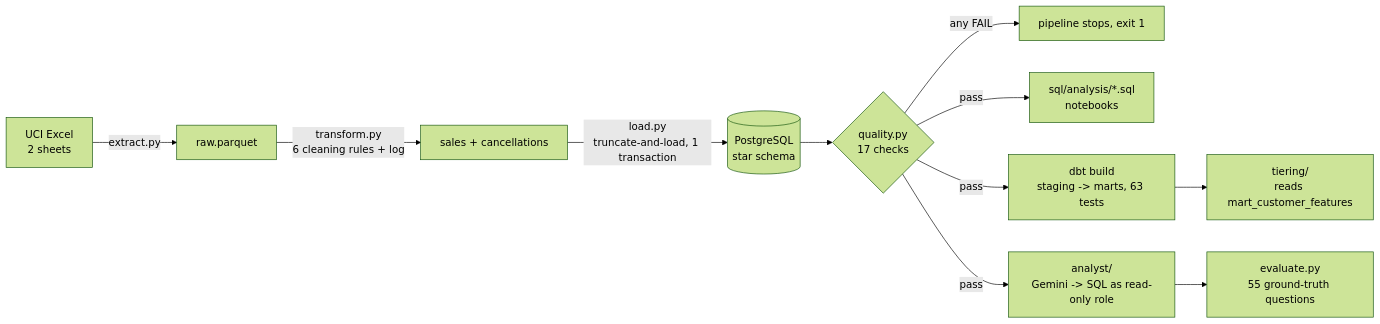
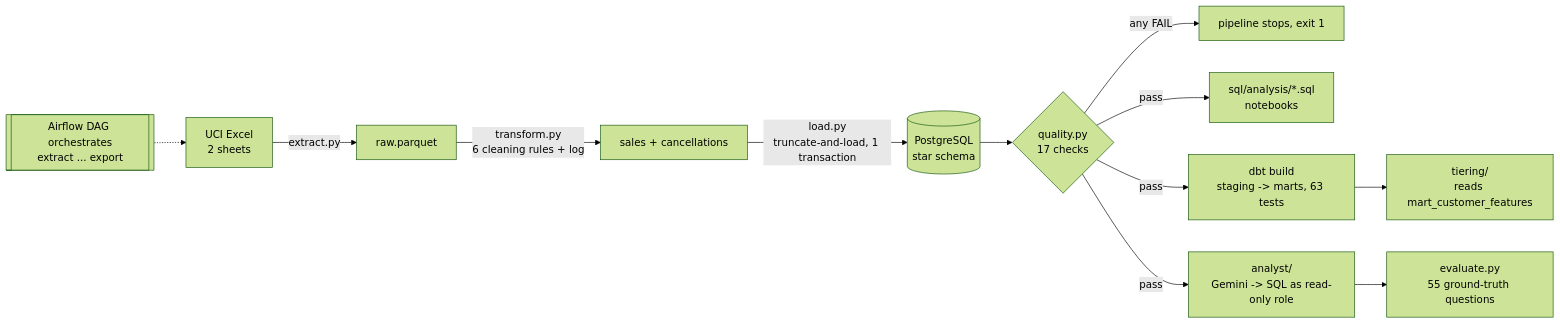
One commit to Raghav-2006/retail-churn-analysis changed the diagram in README.md. Above: the diagram before and after it, drawn with Mermaid (forest theme). The commit also changed other lines of this file and 22 other files, not shown here.

````diff
--- a/README.md
+++ b/README.md
@@ -16,13 +16,14 @@
 ```mermaid
 flowchart LR
     A[UCI Excel<br/>2 sheets] -->|extract.py| B[raw.parquet]
     B -->|transform.py<br/>6 cleaning rules + log| C[sales + cancellations]
     C -->|load.py<br/>truncate-and-load, 1 transaction| D[(PostgreSQL<br/>star schema)]
     D --> Q{quality.py<br/>17 checks}
     Q -->|any FAIL| X[pipeline stops, exit 1]
     Q -->|pass| E[sql/analysis/*.sql<br/>notebooks]
     Q -->|pass| T[dbt build<br/>staging -> marts, 63 tests]
+    AF[[Airflow DAG orchestrates<br/>extract ... export]] -.-> A
     T --> F[tiering/<br/>reads mart_customer_features]
     Q -->|pass| G[analyst/<br/>Gemini -> SQL as read-only role]
     G --> H[evaluate.py<br/>55 ground-truth questions]
 ```
````
